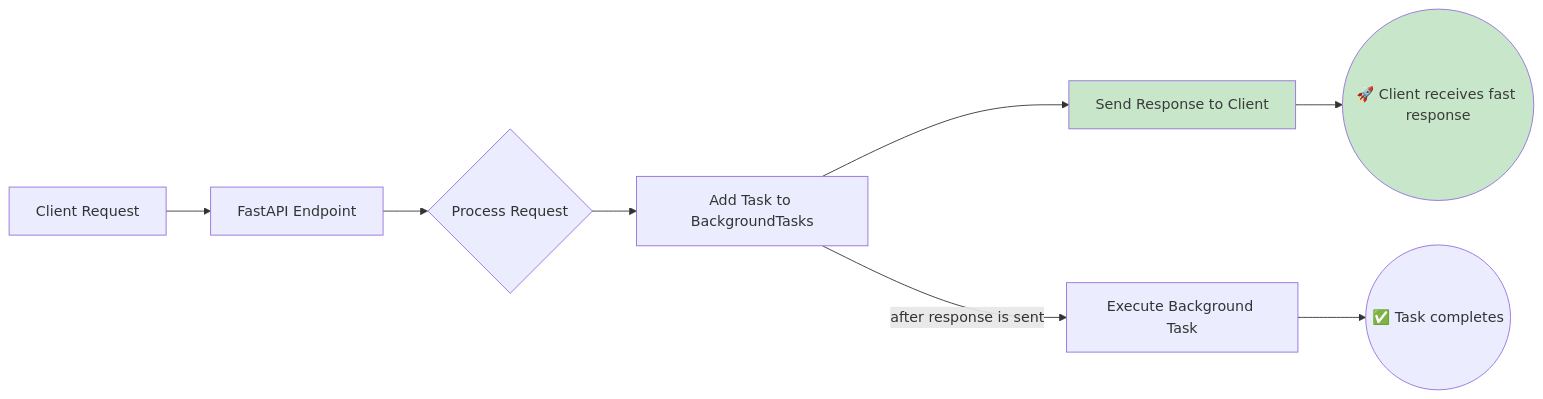
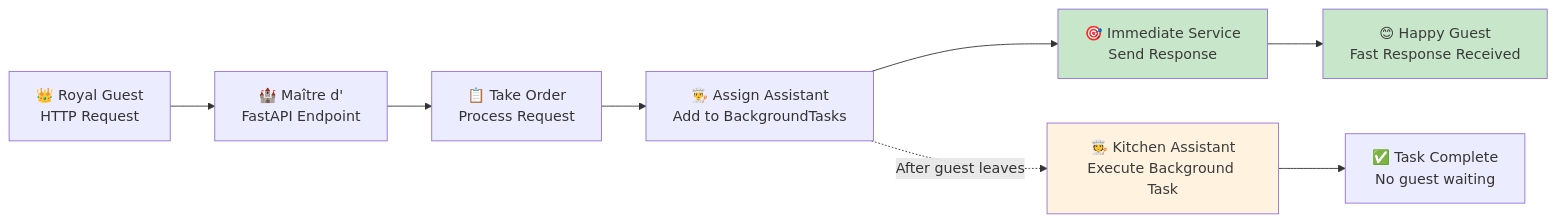
The second of 4 diagrams in app/docs/04_advanced/03-background-tasks-asynchronous-processing/page.mdx (ridwanspace/restful-fastapi-guideline), drawn with Mermaid before and after one commit. The commit also changed other lines of this file and 1 other file, not shown here.

````diff
--- a/app/docs/04_advanced/03-background-tasks-asynchronous-processing/page.mdx
+++ b/app/docs/04_advanced/03-background-tasks-asynchronous-processing/page.mdx
@@ -64,22 +93,15 @@
 ```mermaid
 graph LR
-    A["Client Request"]
-    B["FastAPI Endpoint"]
-    C{"Process Request"}
-    D["Add Task to BackgroundTasks"]
-    E["Send Response to Client"]
-    F(("🚀 Client receives fast response"))
-    G["Execute Background Task"]
-    H(("✅ Task completes"))
-
-    A --> B
-    B --> C
-    C --> D
-    D --> E
-    E --> F
-    D -- "after response is sent" --> G
-    G --> H
-
+    A[👑 Royal Guest<br/>HTTP Request] --> B[🏰 Maître d'<br/>FastAPI Endpoint]
+    B --> C[📋 Take Order<br/>Process Request]
+    C --> D[👨‍🍳 Assign Assistant<br/>Add to BackgroundTasks]
+    D --> E[🎯 Immediate Service<br/>Send Response]
+    E --> F[😊 Happy Guest<br/>Fast Response Received]
+    
+    D -.->|After guest leaves| G[🧑‍🍳 Kitchen Assistant<br/>Execute Background Task]
+    G --> H[✅ Task Complete<br/>No guest waiting]
+    
     style E fill:#c8e6c9,color:#3b3b3b
     style F fill:#c8e6c9,color:#3b3b3b
+    style G fill:#fff3e0,color:#3b3b3b
 ```
````
